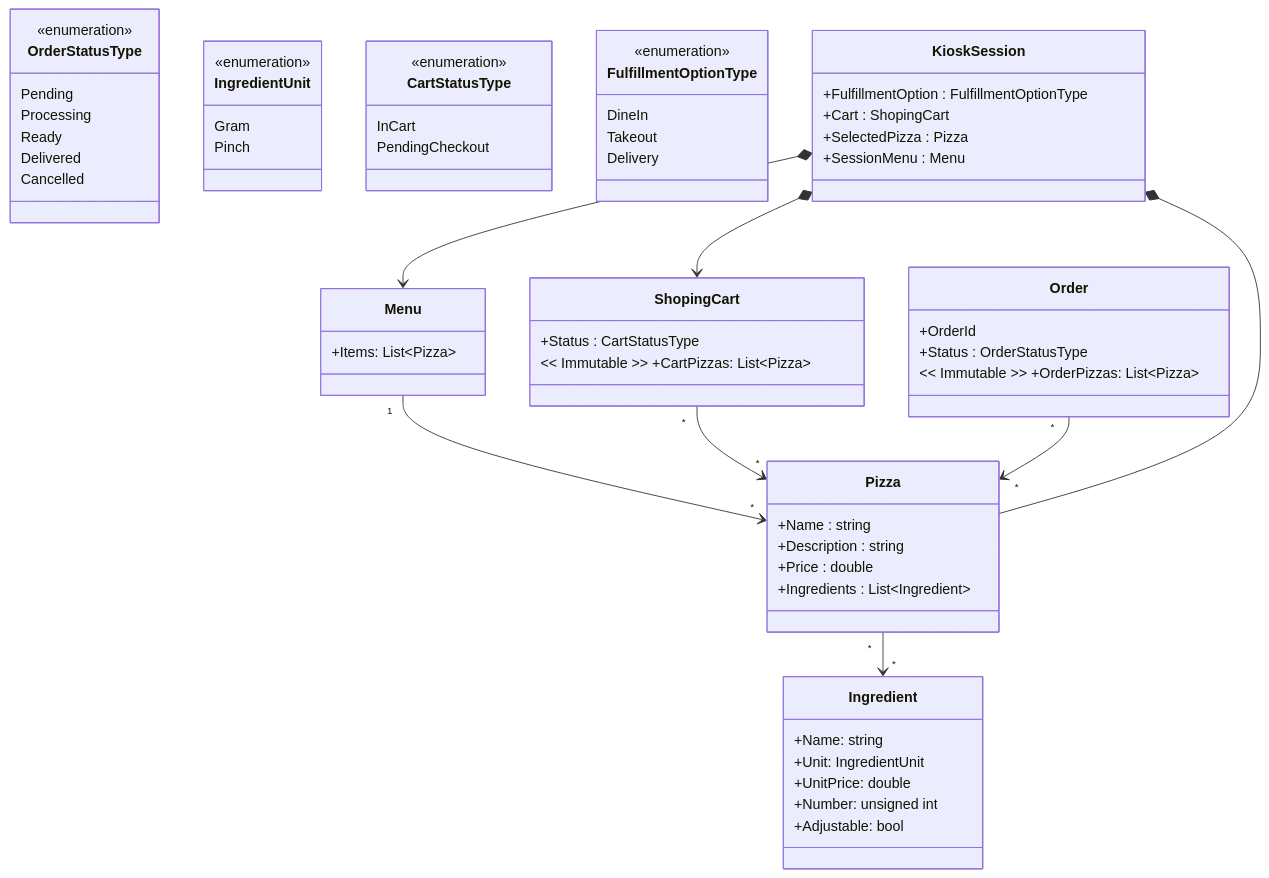
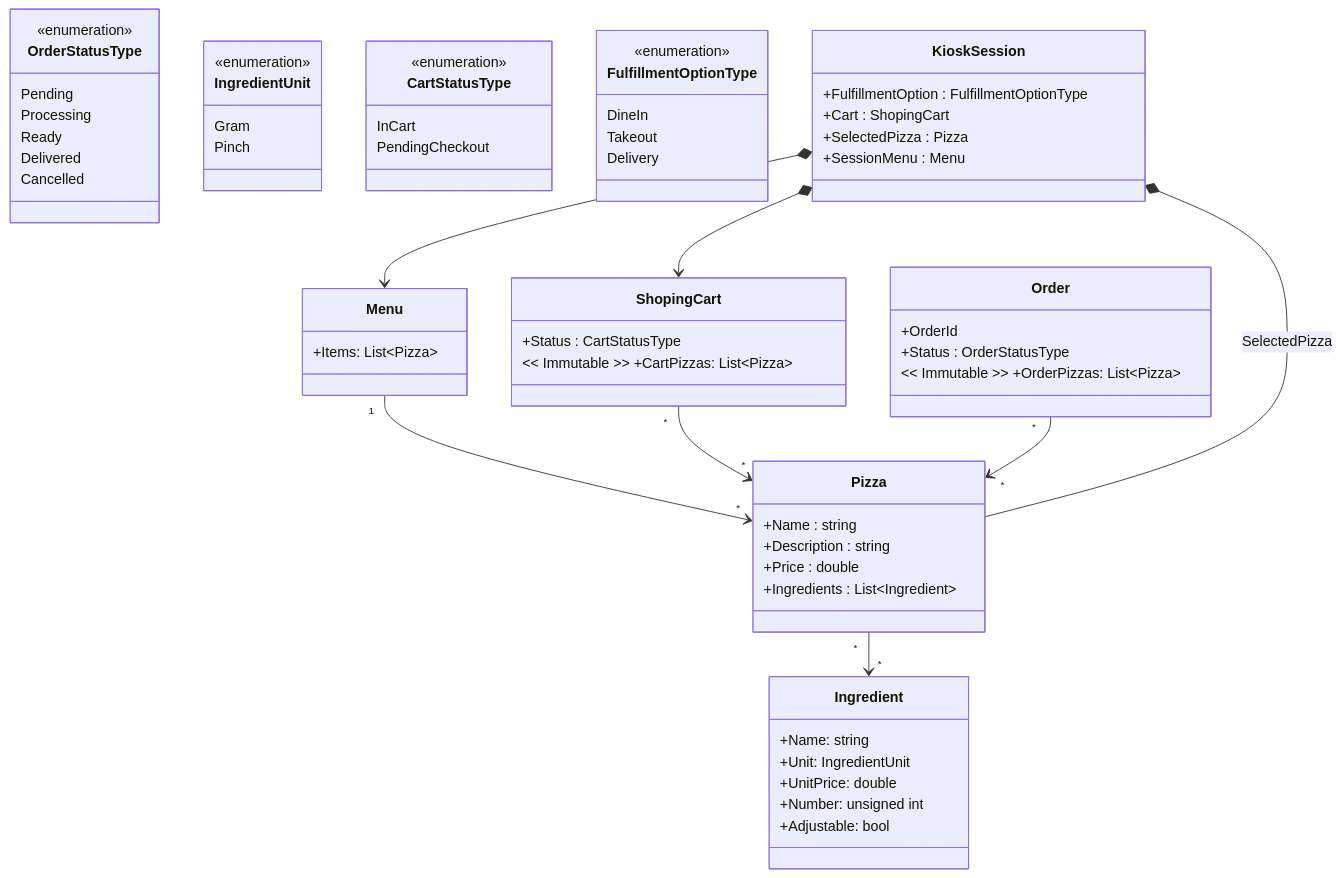
The diagram in AF/src/Utb.PizzaKiosk/README.md (ekral/FAI), drawn with Mermaid before and after one commit.

Commit message:
Update diagram

````diff
--- a/AF/src/Utb.PizzaKiosk/README.md
+++ b/AF/src/Utb.PizzaKiosk/README.md
@@ -175,77 +175,77 @@
 ```mermaid
 classDiagram
 
    class OrderStatusType{
       <<enumeration>>
       Pending
       Processing
       Ready
       Delivered
       Cancelled
    }
 
    class IngredientUnit{
       <<enumeration>>
       Gram
       Pinch
    }
 
    class CartStatusType{
       <<enumeration>>
       InCart
       PendingCheckout
    }
 
    class FulfillmentOptionType{
       <<enumeration>>
       DineIn
       Takeout
       Delivery
    }
 
    class KioskSession{
       +FulfillmentOption : FulfillmentOptionType
       +Cart : ShopingCart
       +SelectedPizza : Pizza
       +SessionMenu : Menu
    }
 
    class Order{
       +OrderId
       +Status : OrderStatusType
       << Immutable >> +OrderPizzas: List~Pizza~
    }
 
    class ShopingCart{
       +Status : CartStatusType
       << Immutable >> +CartPizzas: List~Pizza~
    }
 
    class Ingredient{
       +Name: string
       +Unit: IngredientUnit
       +UnitPrice: double
       +Number: unsigned int
       +Adjustable: bool
    }
 
    class Menu{
       +Items: List~Pizza~
    }
 
    class Pizza {
       +Name : string
       +Description : string
       +Price : double
       +Ingredients : List~Ingredient~
    }
 
    Menu "1" --> "*" Pizza
    Pizza "*" --> "*" Ingredient
    ShopingCart "*" --> "*" Pizza
    Order "*" --> "*" Pizza
-   KioskSession *-- Pizza
+   KioskSession *-- Pizza  : SelectedPizza
    KioskSession *--> ShopingCart
    KioskSession *--> Menu
 
 ```
````
